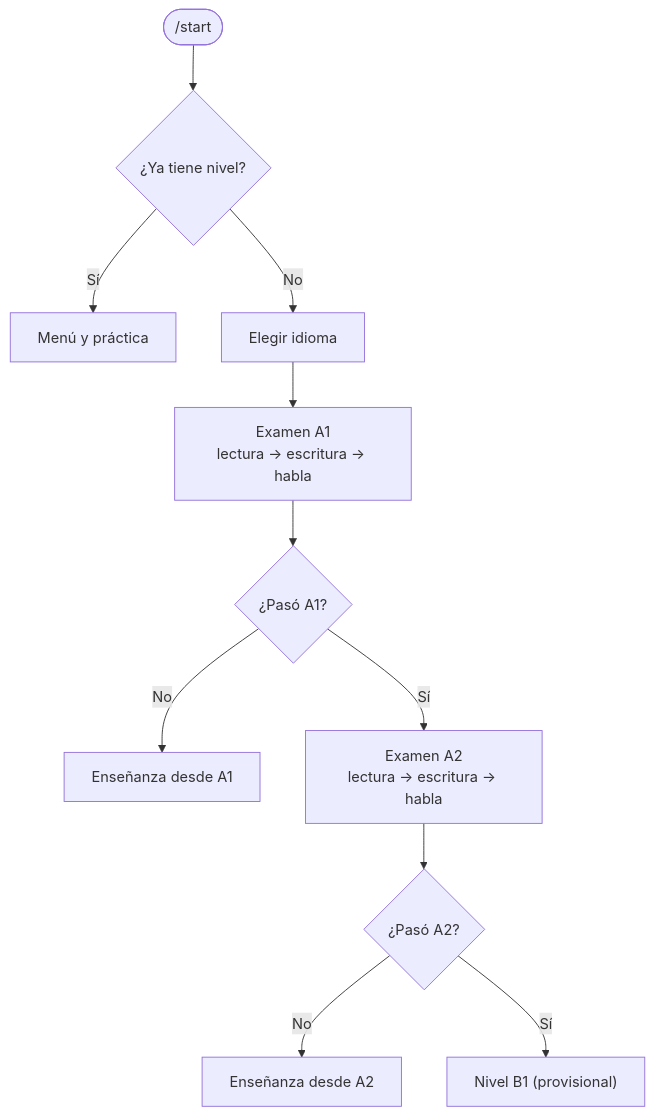
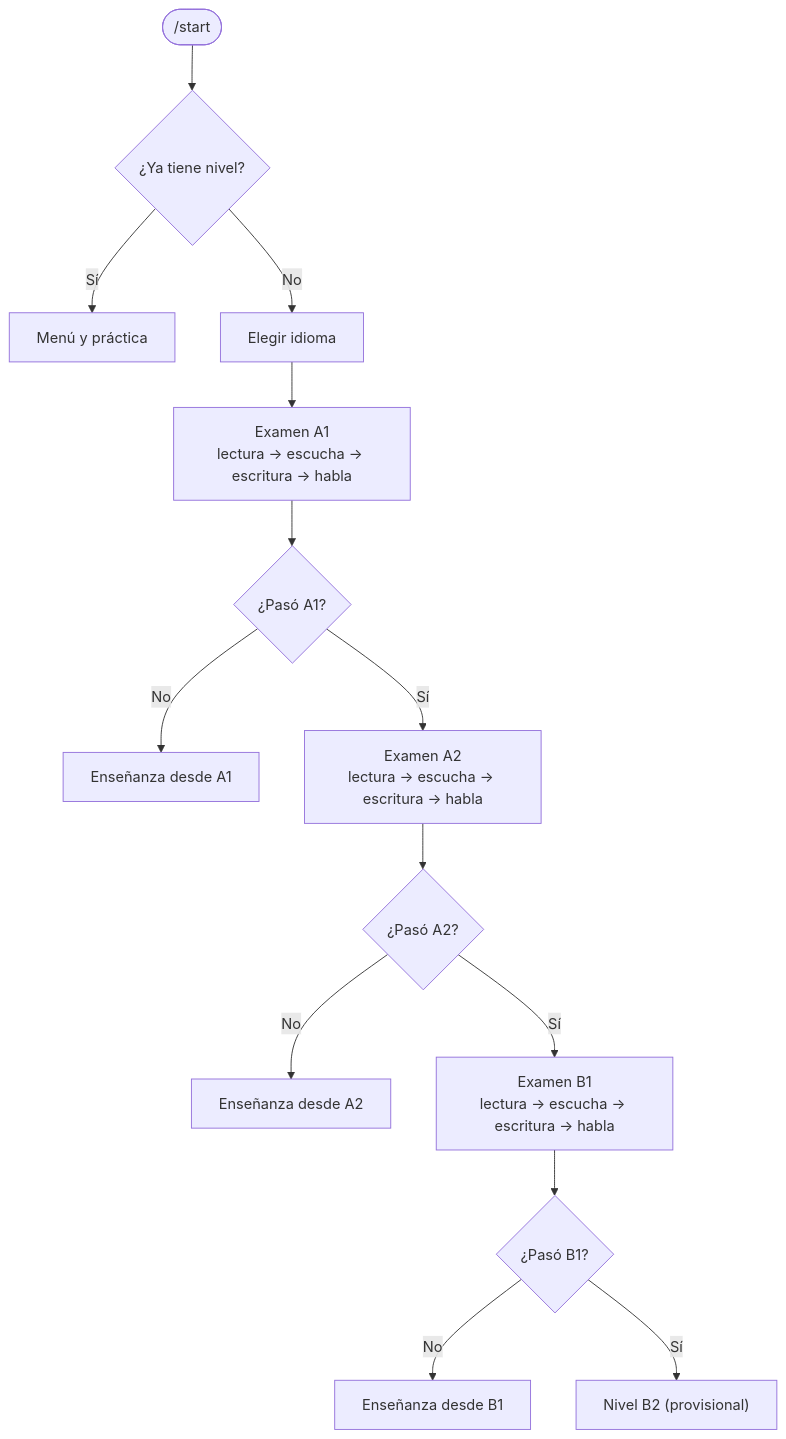
One commit to DaniTap02/Tutor-idiomas-bot changed the diagram in README.md. Above: the diagram before and after it, drawn with Mermaid. The commit also changed other lines of this file and 7 other files, not shown here.

````diff
--- a/README.md
+++ b/README.md
@@ -61,13 +61,16 @@
 ```mermaid
 flowchart TD
     A(["/start"]) --> B{¿Ya tiene nivel?}
     B -- Sí --> M["Menú y práctica"]
     B -- No --> C["Elegir idioma"]
-    C --> D["Examen A1<br/>lectura → escritura → habla"]
+    C --> D["Examen A1<br/>lectura → escucha → escritura → habla"]
     D --> E{¿Pasó A1?}
     E -- No --> T1["Enseñanza desde A1"]
-    E -- Sí --> F["Examen A2<br/>lectura → escritura → habla"]
+    E -- Sí --> F["Examen A2<br/>lectura → escucha → escritura → habla"]
     F --> G{¿Pasó A2?}
     G -- No --> T2["Enseñanza desde A2"]
-    G -- Sí --> H["Nivel B1 (provisional)"]
+    G -- Sí --> H["Examen B1<br/>lectura → escucha → escritura → habla"]
+    H --> I{¿Pasó B1?}
+    I -- No --> T3["Enseñanza desde B1"]
+    I -- Sí --> J["Nivel B2 (provisional)"]
 ```
````
